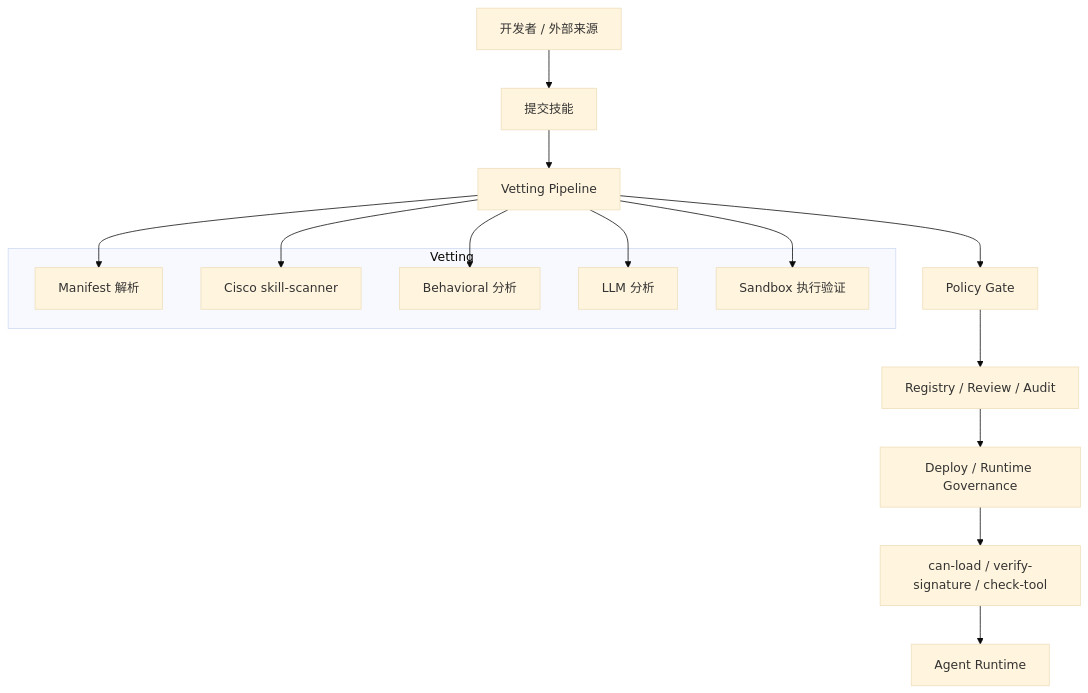
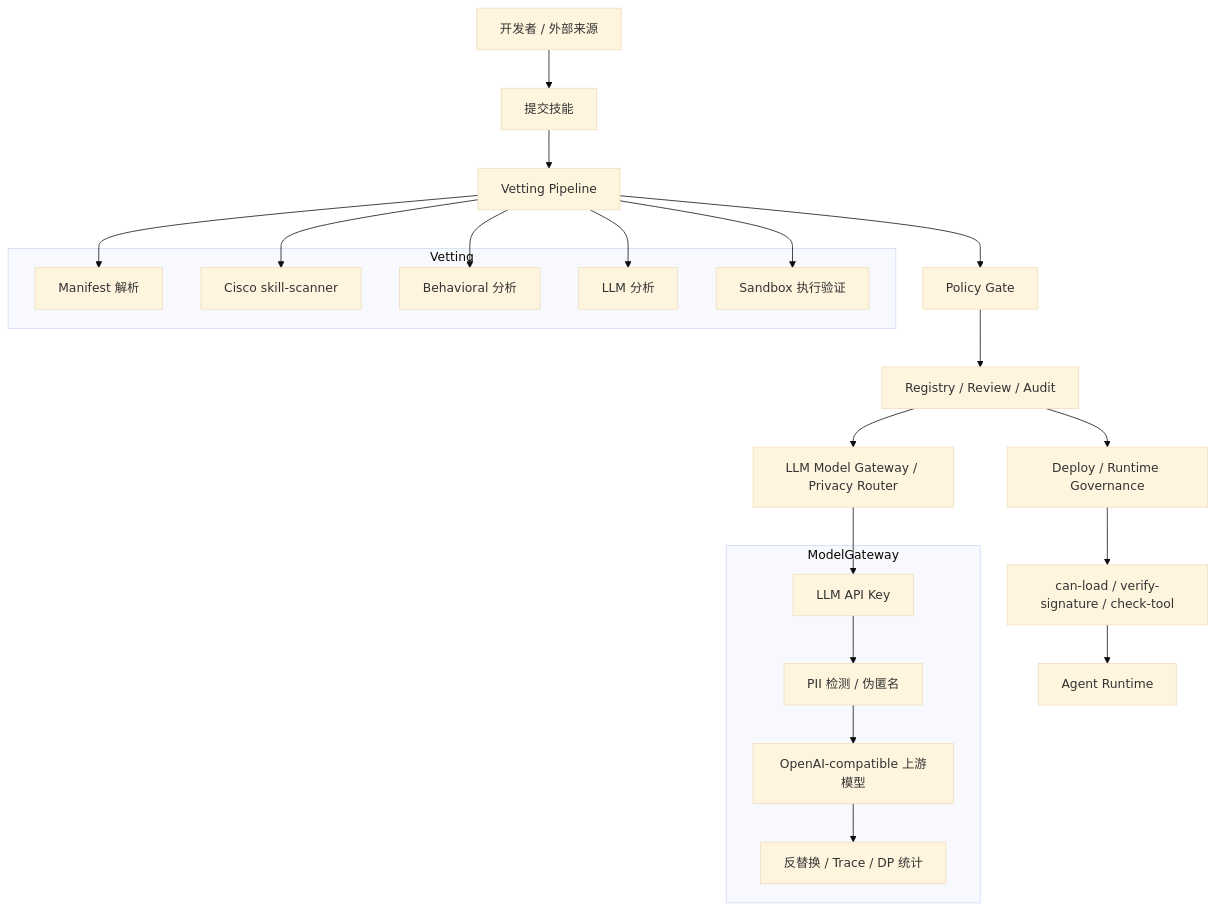
Before and after one commit to HuangLuGuang/skill-manager: the first of 5 diagrams in docs/project-guide.md, drawn with Mermaid (base theme). The commit also changed other lines of this file and 44 other files, not shown here.

````diff
--- a/docs/project-guide.md
+++ b/docs/project-guide.md
@@ -117,25 +140,35 @@
 ```mermaid
 flowchart TB
     U["开发者 / 外部来源"] --> S["提交技能"]
     S --> V["Vetting Pipeline"]
     V --> P["Policy Gate"]
     P --> R["Registry / Review / Audit"]
     R --> D["Deploy / Runtime Governance"]
+    R --> M["LLM Model Gateway / Privacy Router"]
 
     subgraph Vetting
       V1["Manifest 解析"]
       V2["Cisco skill-scanner"]
       V3["Behavioral 分析"]
       V4["LLM 分析"]
       V5["Sandbox 执行验证"]
     end
 
     V --> V1
     V --> V2
     V --> V3
     V --> V4
     V --> V5
 
     D --> G["can-load / verify-signature / check-tool"]
     G --> A["Agent Runtime"]
+
+    subgraph ModelGateway
+      M1["LLM API Key"]
+      M2["PII 检测 / 伪匿名"]
+      M3["OpenAI-compatible 上游模型"]
+      M4["反替换 / Trace / DP 统计"]
+    end
+
+    M --> M1 --> M2 --> M3 --> M4
 ```
````
